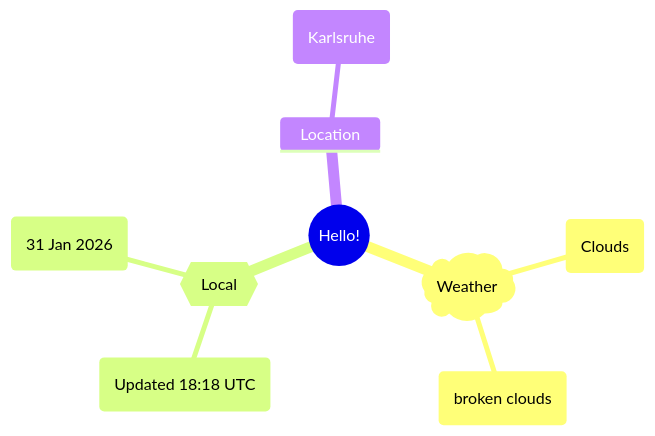
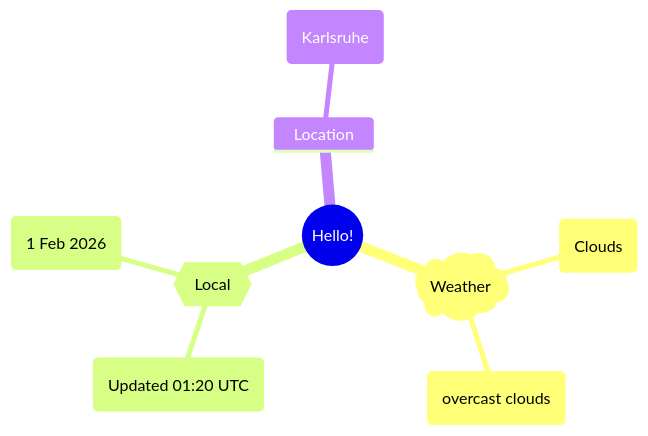
One commit to Xosrov/Xosrov changed the first of 2 diagrams in README.md. Above: the diagram before and after it, drawn with Mermaid.

Commit message:
[bot] updated images

````diff
--- a/README.md
+++ b/README.md
@@ -3,12 +3,12 @@
 ```mermaid
 mindmap
   root((Hello!))
     )Weather(
         (Clouds)
-        (broken clouds)
+        (overcast clouds)
     {{Local}}
-        (Updated 18:18 UTC)
-        (31 Jan 2026)
+        (Updated 01:20 UTC)
+        (1 Feb 2026)
     Location
         (Karlsruhe)
 ```
````
